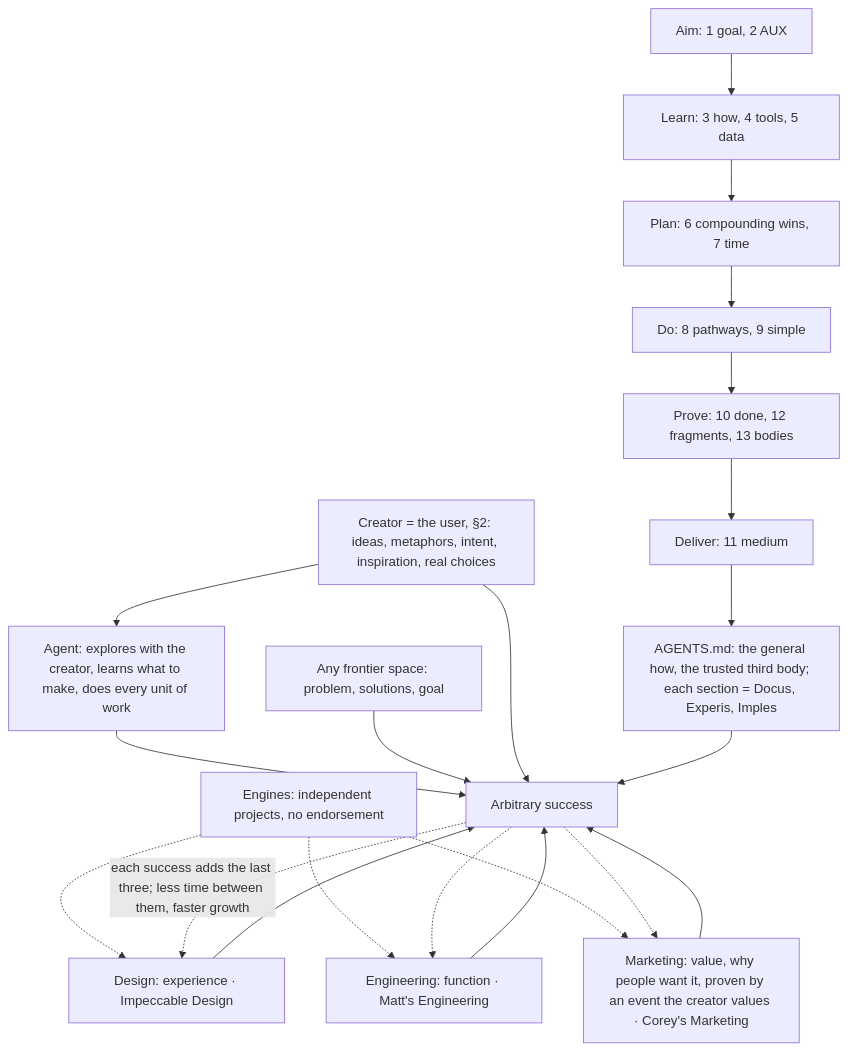
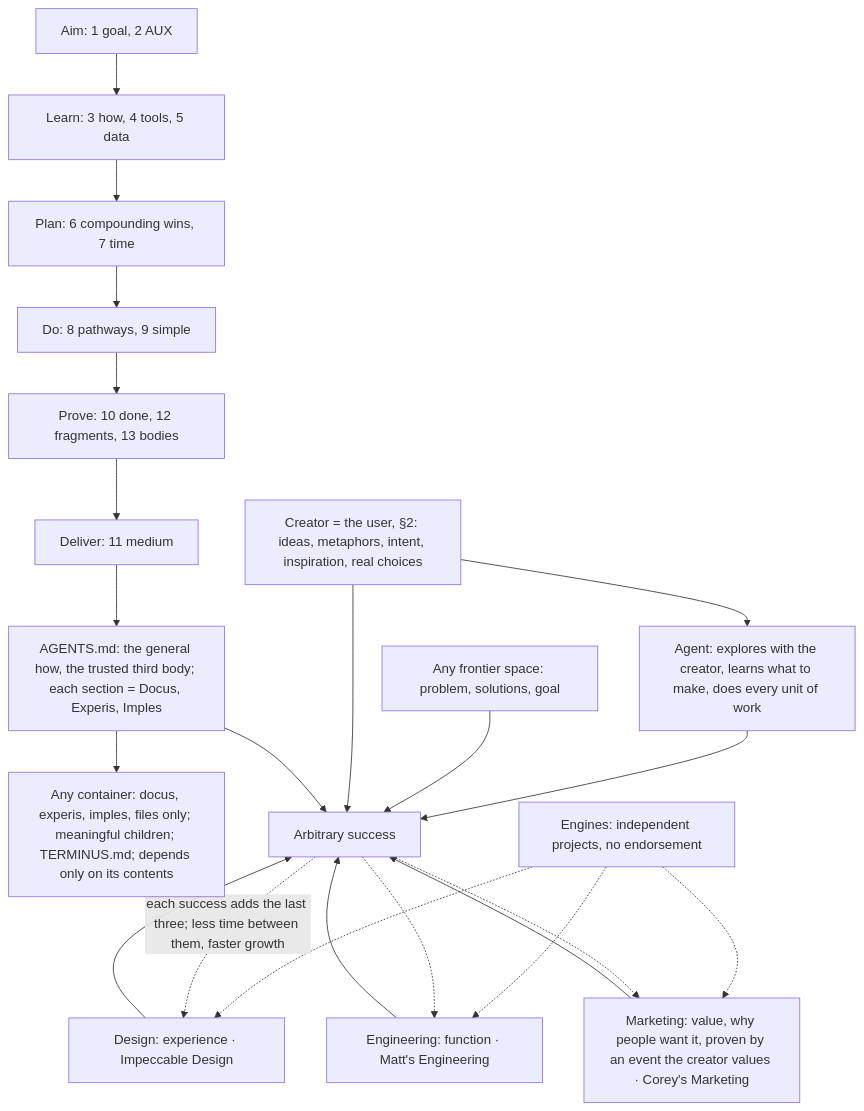
The first of 14 diagrams in AGENTS.md (SolenixAI/arbiter), drawn with Mermaid before and after one commit. The commit also changed other lines of this file, not shown here.

Commit message:
docs(agents): every container is docus, experis and imples, plus children and a TERMINUS.md

````diff
--- a/AGENTS.md
+++ b/AGENTS.md
@@ -46,18 +52,19 @@
 ```mermaid
 flowchart TD
   A[Aim: 1 goal, 2 AUX] --> L[Learn: 3 how, 4 tools, 5 data] --> P[Plan: 6 compounding wins, 7 time] --> D[Do: 8 pathways, 9 simple] --> V[Prove: 10 done, 12 fragments, 13 bodies] --> O[Deliver: 11 medium] --> F["AGENTS.md: the general how, the trusted third body; each section = Docus, Experis, Imples"]
+  F --> CT["Any container: docus, experis, imples, files only; meaningful children; TERMINUS.md; depends only on its contents"]
   CR["Creator = the user, §2: ideas, metaphors, intent, inspiration, real choices"] --> AG[Agent: explores with the creator, learns what to make, does every unit of work]
   AG --> S[Arbitrary success]
   FS["Any frontier space: problem, solutions, goal"] --> S
   CR --> S
   F --> S
   DS[Design: experience · Impeccable Design] --> S
   EG[Engineering: function · Matt's Engineering] --> S
   SL[Marketing: value, why people want it, proven by an event the creator values · Corey's Marketing] --> S
   EN[Engines: independent projects, no endorsement] -.-> DS
   EN -.-> EG
   EN -.-> SL
   S -.->|"each success adds the last three; less time between them, faster growth"| DS
   S -.-> EG
   S -.-> SL
 ```
````
